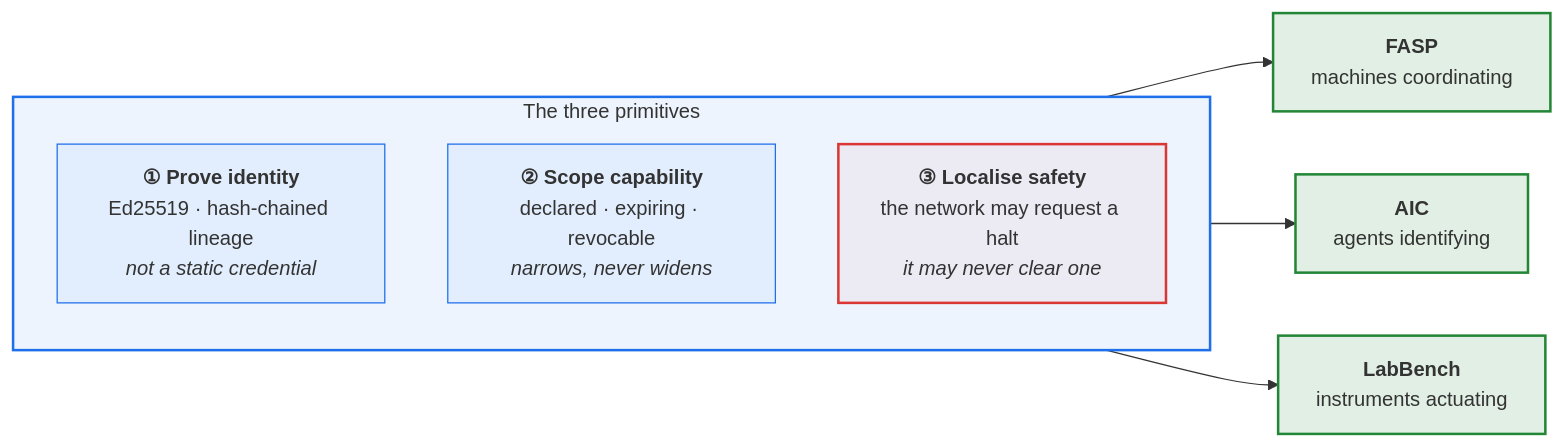
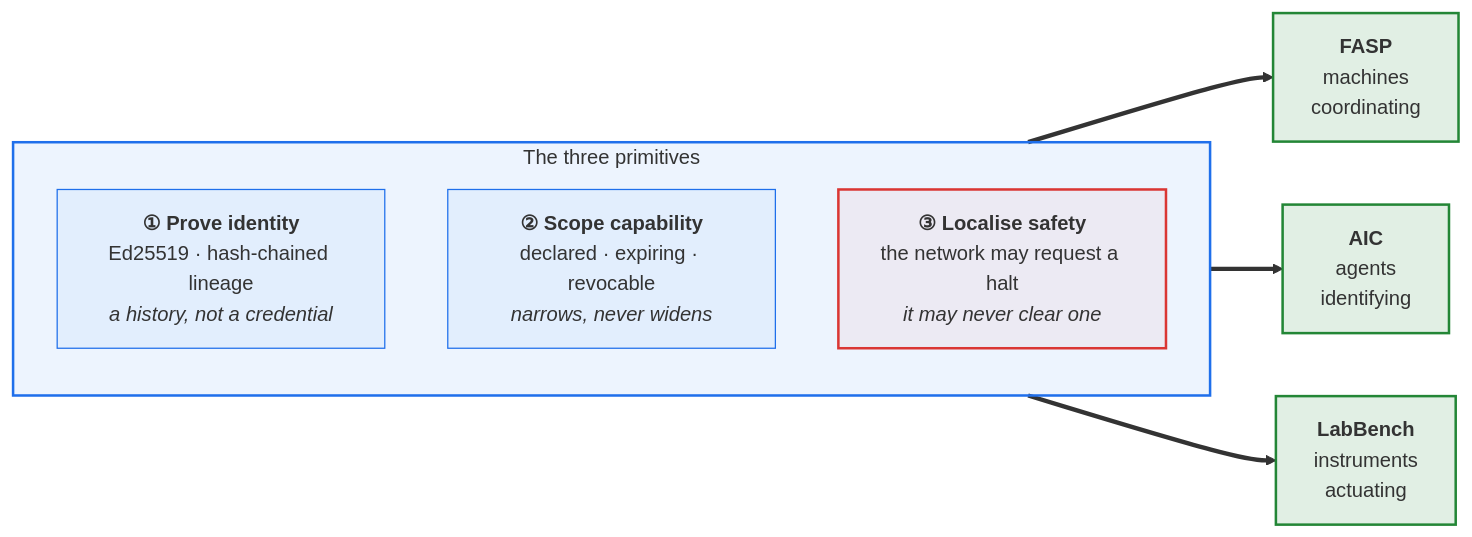
Before and after one commit to Jayasuryamahadevan/Jayasuryamahadevan: the first of 2 diagrams in README.md, drawn with Mermaid. The commit also changed other lines of this file, not shown here.

````diff
--- a/README.md
+++ b/README.md
@@ -37,21 +45,21 @@
 ```mermaid
 flowchart LR
     subgraph CORE["The three primitives"]
         direction TB
-        A["<b>① Prove identity</b><br/>Ed25519 · hash-chained lineage<br/><i>not a static credential</i>"]
+        A["<b>① Prove identity</b><br/>Ed25519 · hash-chained lineage<br/><i>a history, not a credential</i>"]
         B["<b>② Scope capability</b><br/>declared · expiring · revocable<br/><i>narrows, never widens</i>"]
         C["<b>③ Localise safety</b><br/>the network may request a halt<br/><i>it may never clear one</i>"]
     end
 
-    CORE --> FASP["<b>FASP</b><br/>machines coordinating"]
-    CORE --> AIC["<b>AIC</b><br/>agents identifying"]
-    CORE --> LAB["<b>LabBench</b><br/>instruments actuating"]
+    CORE ==> FASP["<b>FASP</b><br/>machines<br/>coordinating"]
+    CORE ==> AIC["<b>AIC</b><br/>agents<br/>identifying"]
+    CORE ==> LAB["<b>LabBench</b><br/>instruments<br/>actuating"]
 
     style CORE fill:#1f6feb14,stroke:#1f6feb,stroke-width:2px
-    style A fill:#1f6feb0d,stroke:#1f6feb,stroke-width:1px
-    style B fill:#1f6feb0d,stroke:#1f6feb,stroke-width:1px
+    style A fill:#1f6feb0d,stroke:#1f6feb
+    style B fill:#1f6feb0d,stroke:#1f6feb
     style C fill:#da36330d,stroke:#da3633,stroke-width:2px
     style FASP fill:#23863622,stroke:#238636,stroke-width:2px
     style AIC fill:#23863622,stroke:#238636,stroke-width:2px
     style LAB fill:#23863622,stroke:#238636,stroke-width:2px
 ```
````
